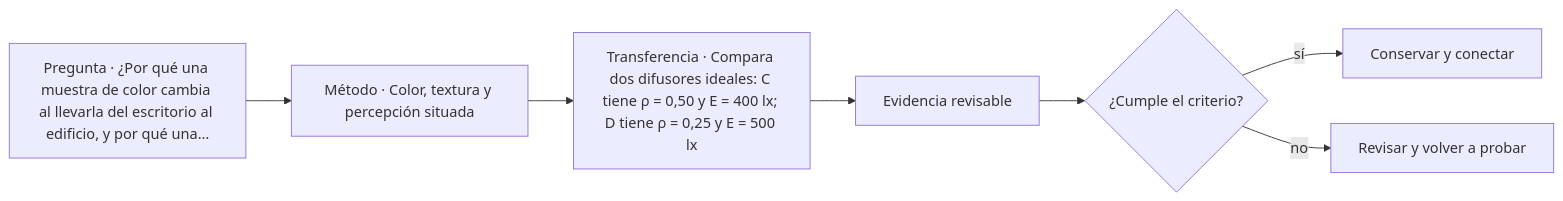
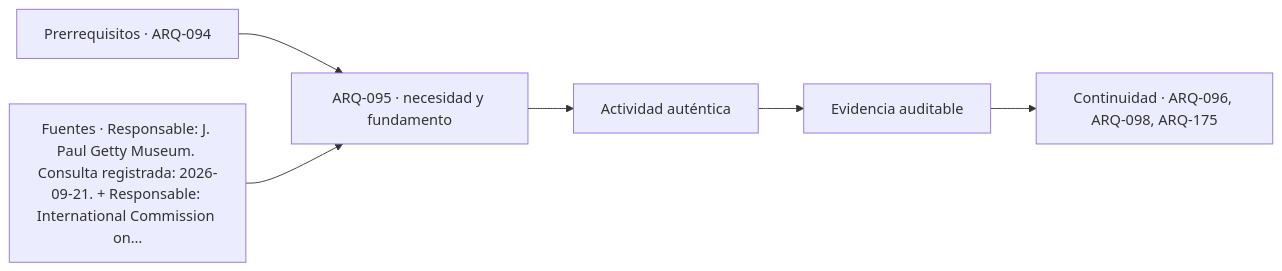
Before and after one commit to vladimiracunadev-create/architecture-built-environment-learning-program: the diagram in classes/parte-10/ARQ-095.md, drawn with Mermaid. The commit also changed other lines of this file and 761 other files, not shown here.

````diff
--- a/classes/parte-10/ARQ-095.md
+++ b/classes/parte-10/ARQ-095.md
@@ -99,9 +111,8 @@
 ```mermaid
 flowchart LR
-    Q["Pregunta · ¿Por qué una muestra de color cambia al llevarla del escritorio al edificio, y por qué una…"] --> M["Método · Color, textura y percepción situada"]
-    M --> P["Transferencia · Compara dos difusores ideales: C tiene ρ = 0,50 y E = 400 lx; D tiene ρ = 0,25 y E = 500 lx"]
-    P --> E["Evidencia revisable"]
-    E --> C{"¿Cumple el criterio?"}
-    C -->|sí| T["Conservar y conectar"]
-    C -->|no| R["Revisar y volver a probar"]
+    A["Prerrequisitos · ARQ-094"] --> B["ARQ-095 · necesidad y fundamento"]
+    S["Fuentes · Responsable: J. Paul Getty Museum. Consulta registrada: 2026-09-21. + Responsable: International Commission on…"] --> B
+    B --> C["Actividad auténtica"]
+    C --> D["Evidencia auditable"]
+    D --> E["Continuidad · ARQ-096, ARQ-098, ARQ-175"]
 ```
````
